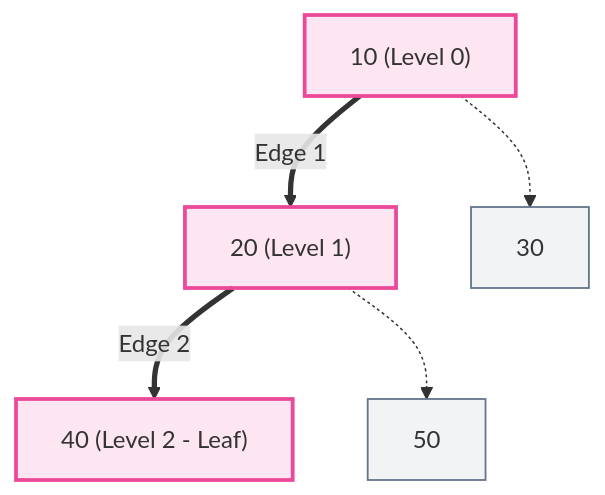
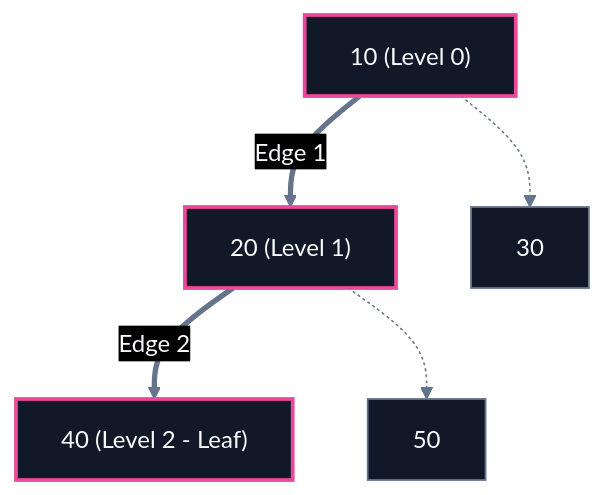
One commit to abhinavbharti2345/CS_Notes changed the sixth of 8 diagrams in CS/DSA/07. Trees & BSTs/01. Binary Tree Fundamentals.md. Above: the diagram before and after it, drawn with Mermaid. The commit also changed other lines of this file and 195 other files, not shown here.

````diff
--- a/CS/DSA/07. Trees & BSTs/01. Binary Tree Fundamentals.md
+++ b/CS/DSA/07. Trees & BSTs/01. Binary Tree Fundamentals.md
@@ -274,18 +279,19 @@
 ```mermaid
+%%{init: {'theme': 'base', 'themeVariables': { 'darkMode': true, 'background': '#0B0F14', 'mainBkg': '#111827', 'primaryColor': '#111827', 'primaryTextColor': '#F8FAFC', 'primaryBorderColor': '#38BDF8', 'lineColor': '#64748B', 'secondaryColor': '#0B0F14', 'tertiaryColor': '#0B0F14', 'clusterBkg': '#0B0F14', 'clusterBorder': '#38BDF8' }}}%%
 flowchart TD
     N10["10 (Level 0)"]
     N20["20 (Level 1)"]
     N30["30"]
     N40["40 (Level 2 - Leaf)"]
     N50["50"]
 
     N10 ==>|Edge 1| N20
     N10 -.-> N30
     N20 ==>|Edge 2| N40
     N20 -.-> N50
 
-    classDef path fill:#ec489922,stroke:#ec4899,stroke-width:2.5px;
-    classDef other fill:#64748b15,stroke:#64748b,stroke-width:1.2px;
+    classDef path fill:#111827,stroke:#ec4899,stroke-width:2.5px,color:#F8FAFC;
+    classDef other fill:#111827,stroke:#64748b,stroke-width:1.2px,color:#F8FAFC;
     class N10,N20,N40 path;
     class N30,N50 other;
 ```
````
